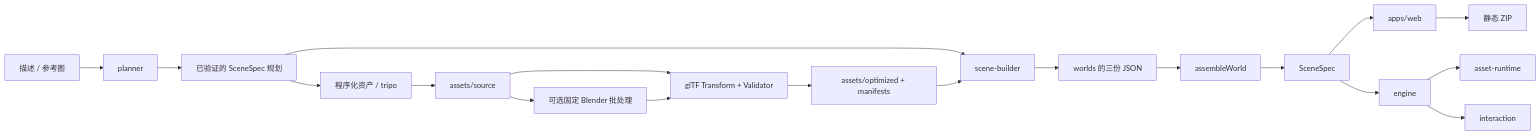
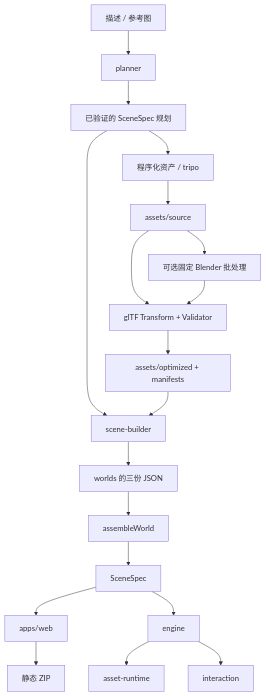
One commit to magic-alt/virtualworld changed the diagram in docs/architecture.md. Above: the diagram before and after it, drawn with Mermaid. The commit also changed other lines of this file and 45 other files, not shown here.

````diff
--- a/docs/architecture.md
+++ b/docs/architecture.md
@@ -60,21 +62,21 @@
 ```mermaid
-flowchart LR
+flowchart TD
   Input[描述 / 参考图] --> Planner[planner]
   Planner --> Plan[已验证的 SceneSpec 规划]
   Plan --> Provider[程序化资产 / tripo]
   Provider --> Raw[assets/source]
   Raw --> Blender[可选固定 Blender 批处理]
   Raw --> Optimize[glTF Transform + Validator]
   Blender --> Optimize
   Optimize --> Library[assets/optimized + manifests]
   Plan --> Builder[scene-builder]
   Library --> Builder
   Builder --> World[worlds 的三份 JSON]
   World --> Compile[assembleWorld]
   Compile --> Spec[SceneSpec]
   Spec --> Editor[apps/web]
   Spec --> Engine[engine]
   Engine --> Assets[asset-runtime]
   Engine --> Interaction[interaction]
   Editor --> Export[静态 ZIP]
 ```
````
